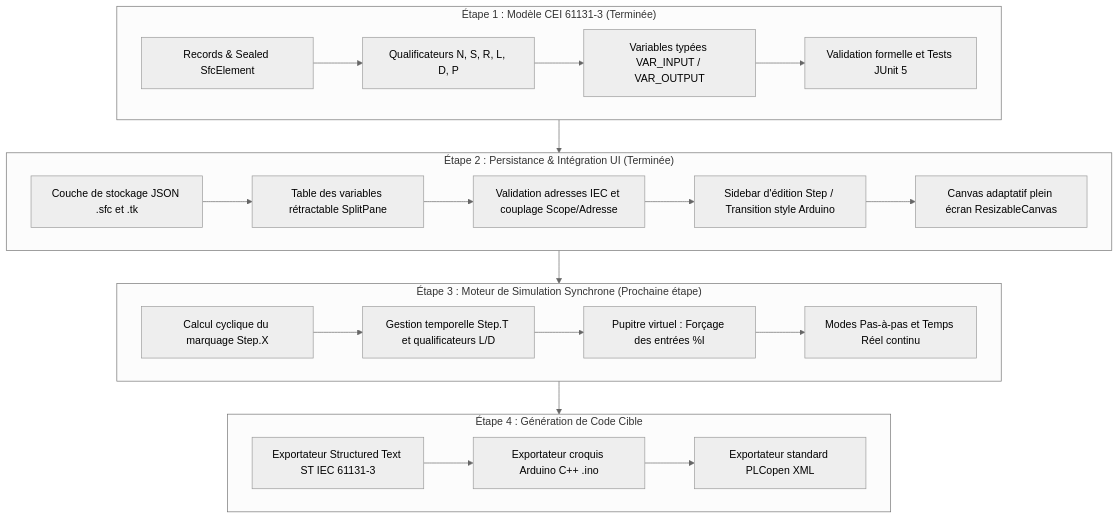
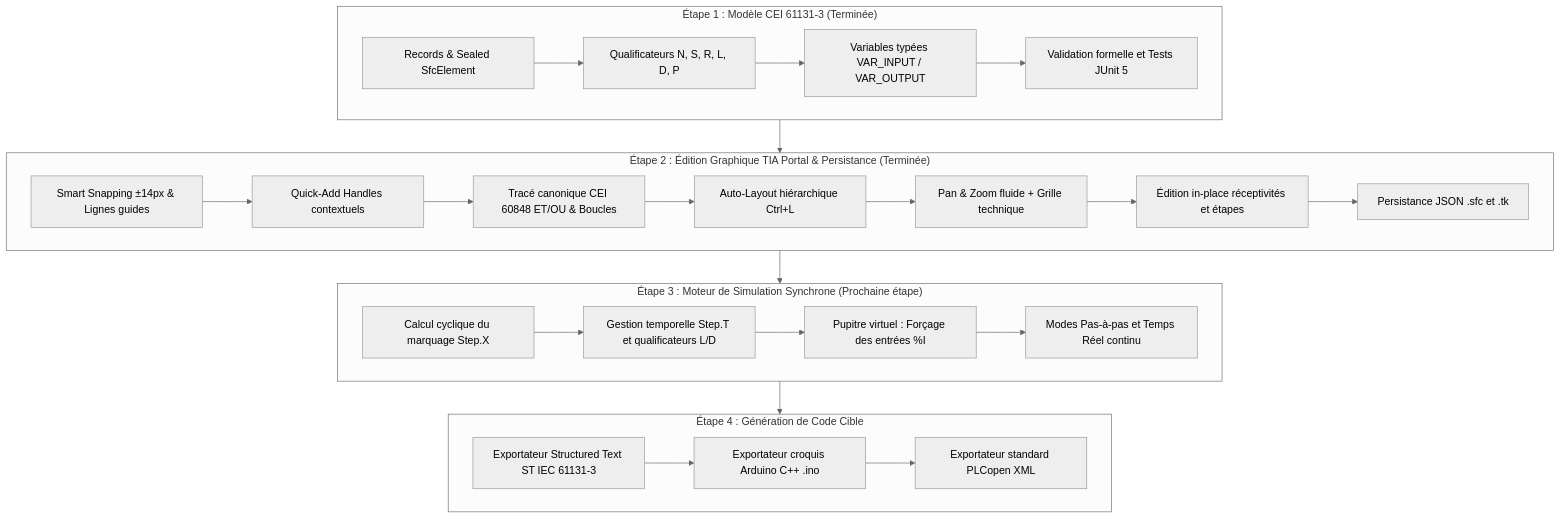
The diagram in AGENTS.md (TAHRI-Khalid/Grafino), drawn with Mermaid (neutral theme) before and after one commit. The commit also changed other lines of this file, not shown here.

Commit message:
docs: mise a jour de AGENTS.md avec les fonctionnalites TIA Portal et Smart Snap

````diff
--- a/AGENTS.md
+++ b/AGENTS.md
@@ -204,30 +229,32 @@
 ```mermaid
 flowchart TD
     subgraph Etape1 ["Étape 1 : Modèle CEI 61131-3 (Terminée)"]
         A1[Records & Sealed SfcElement] --> A2[Qualificateurs N, S, R, L, D, P]
         A2 --> A3[Variables typées VAR_INPUT / VAR_OUTPUT]
         A3 --> A4[Validation formelle et Tests JUnit 5]
     end
 
-    subgraph Etape2 ["Étape 2 : Persistance & Intégration UI (Terminée)"]
-        B1[Couche de stockage JSON .sfc et .tk] --> B2[Table des variables rétractable SplitPane]
-        B2 --> B3[Validation adresses IEC et couplage Scope/Adresse]
-        B3 --> B4[Sidebar d'édition Step / Transition style Arduino]
-        B4 --> B5[Canvas adaptatif plein écran ResizableCanvas]
+    subgraph Etape2 ["Étape 2 : Édition Graphique TIA Portal & Persistance (Terminée)"]
+        B1[Smart Snapping ±14px & Lignes guides] --> B2[Quick-Add Handles contextuels]
+        B2 --> B3[Tracé canonique CEI 60848 ET/OU & Boucles]
+        B3 --> B4[Auto-Layout hiérarchique Ctrl+L]
+        B4 --> B5[Pan & Zoom fluide + Grille technique]
+        B5 --> B6[Édition in-place réceptivités et étapes]
+        B6 --> B7[Persistance JSON .sfc et .tk]
     end
 
     subgraph Etape3 ["Étape 3 : Moteur de Simulation Synchrone (Prochaine étape)"]
         C1[Calcul cyclique du marquage Step.X] --> C2[Gestion temporelle Step.T et qualificateurs L/D]
         C2 --> C3[Pupitre virtuel : Forçage des entrées %I]
         C3 --> C4[Modes Pas-à-pas et Temps Réel continu]
     end
 
     subgraph Etape4 ["Étape 4 : Génération de Code Cible"]
         D1[Exportateur Structured Text ST IEC 61131-3] --> D2[Exportateur croquis Arduino C++ .ino]
         D2 --> D3[Exportateur standard PLCopen XML]
     end
 
     Etape1 --> Etape2
     Etape2 --> Etape3
     Etape3 --> Etape4
 ```
````
